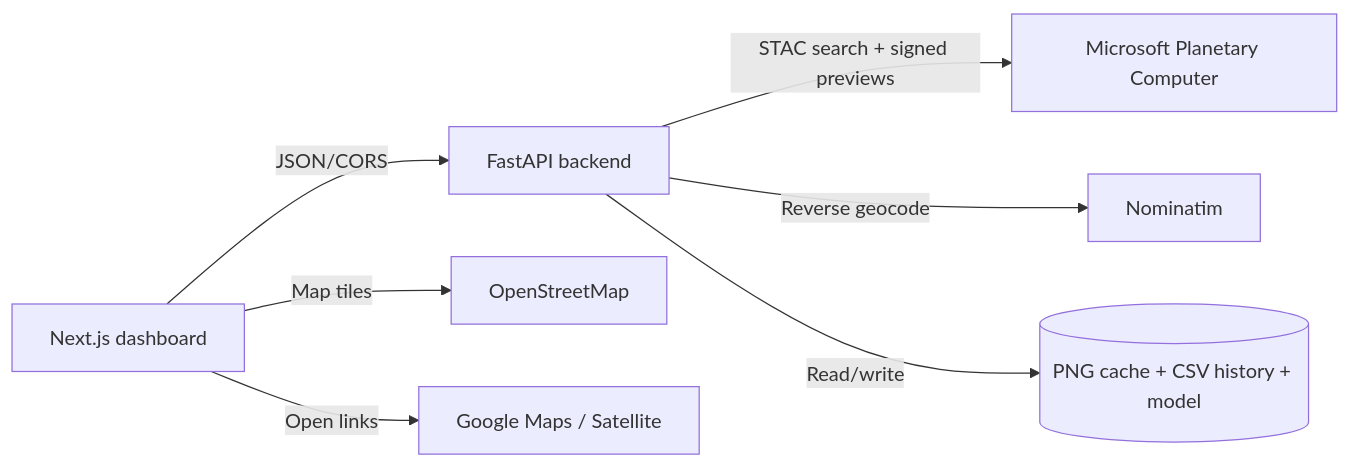
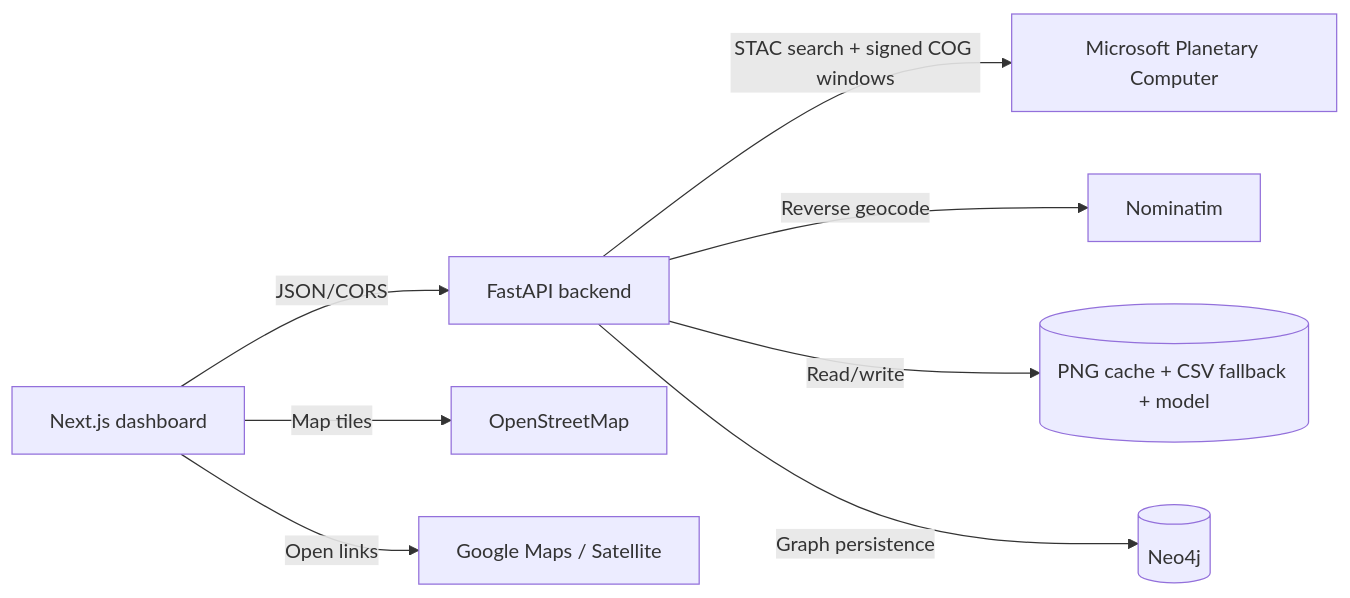
Before and after one commit to himanshugoyal2582003/GeoSentinelAI: the diagram in docs/system-architecture.md, drawn with Mermaid. The commit also changed other lines of this file and 16 other files, not shown here.

````diff
--- a/docs/system-architecture.md
+++ b/docs/system-architecture.md
@@ -18,9 +19,10 @@
 ```mermaid
 flowchart LR
     Browser[Next.js dashboard] -->|JSON/CORS| API[FastAPI backend]
     Browser -->|Map tiles| OSM[OpenStreetMap]
     Browser -->|Open links| Google[Google Maps / Satellite]
-    API -->|STAC search + signed previews| MPC[Microsoft Planetary Computer]
+    API -->|STAC search + signed COG windows| MPC[Microsoft Planetary Computer]
     API -->|Reverse geocode| Nominatim[Nominatim]
-    API -->|Read/write| Files[(PNG cache + CSV history + model)]
+    API -->|Read/write| Files[(PNG cache + CSV fallback + model)]
+    API -->|Graph persistence| Neo4j[(Neo4j)]
 ```
````
